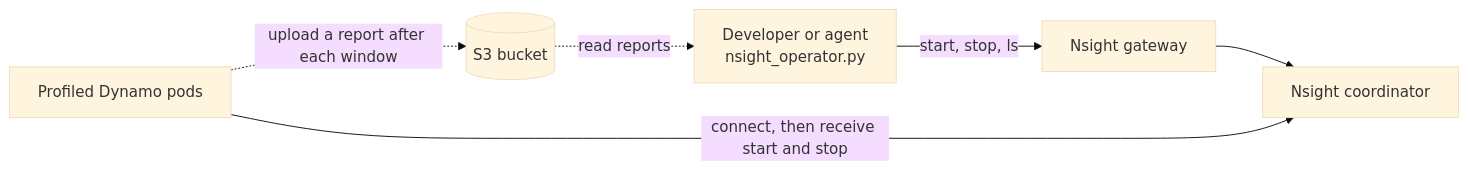
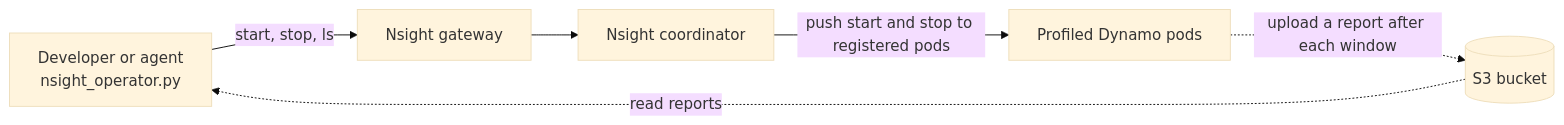
One commit to ai-dynamo/dynamo changed the diagram in docs/fern/pages/kubernetes/operations/nsight-operator-profiling.mdx. Above: the diagram before and after it, drawn with Mermaid (base theme).

Commit message:
docs(kubernetes): point the command arrow from the coordinator to the pods
The diagram is about the command path, and the coordinator pushes start and
stop to the agents that registered with it. Draw that edge from the
coordinator to the pods; the label keeps that the pods register first.

Refs DIS-3257.

````diff
--- a/docs/fern/pages/kubernetes/operations/nsight-operator-profiling.mdx
+++ b/docs/fern/pages/kubernetes/operations/nsight-operator-profiling.mdx
@@ -36,8 +36,8 @@
 ```mermaid
 flowchart LR
   U["Developer or agent<br/>nsight_operator.py"] -->|"start, stop, ls"| G["Nsight gateway"]
   G --> C["Nsight coordinator"]
-  P["Profiled Dynamo pods"] -->|"connect, then receive start and stop"| C
+  C -->|"push start and stop to registered pods"| P["Profiled Dynamo pods"]
   P -.->|"upload a report after each window"| S[("S3 bucket")]
   S -.->|"read reports"| U
 ```
````
